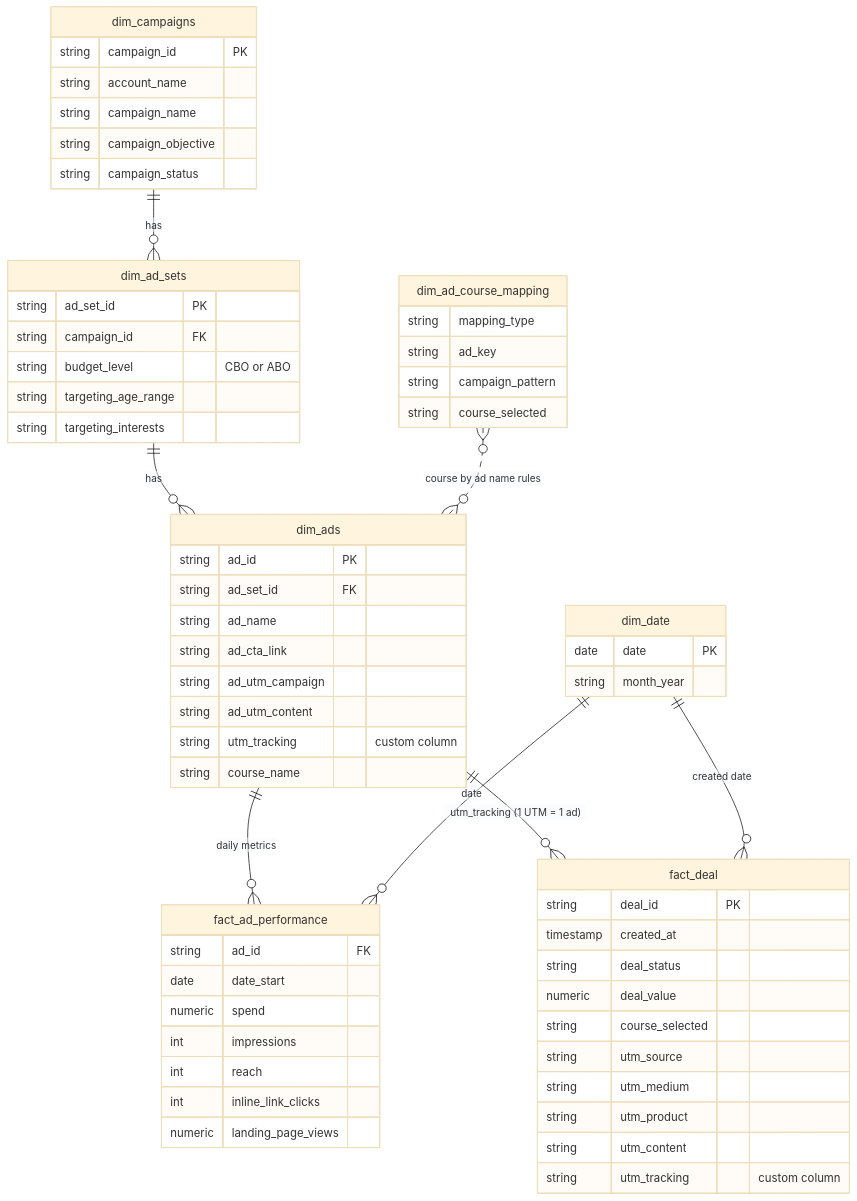
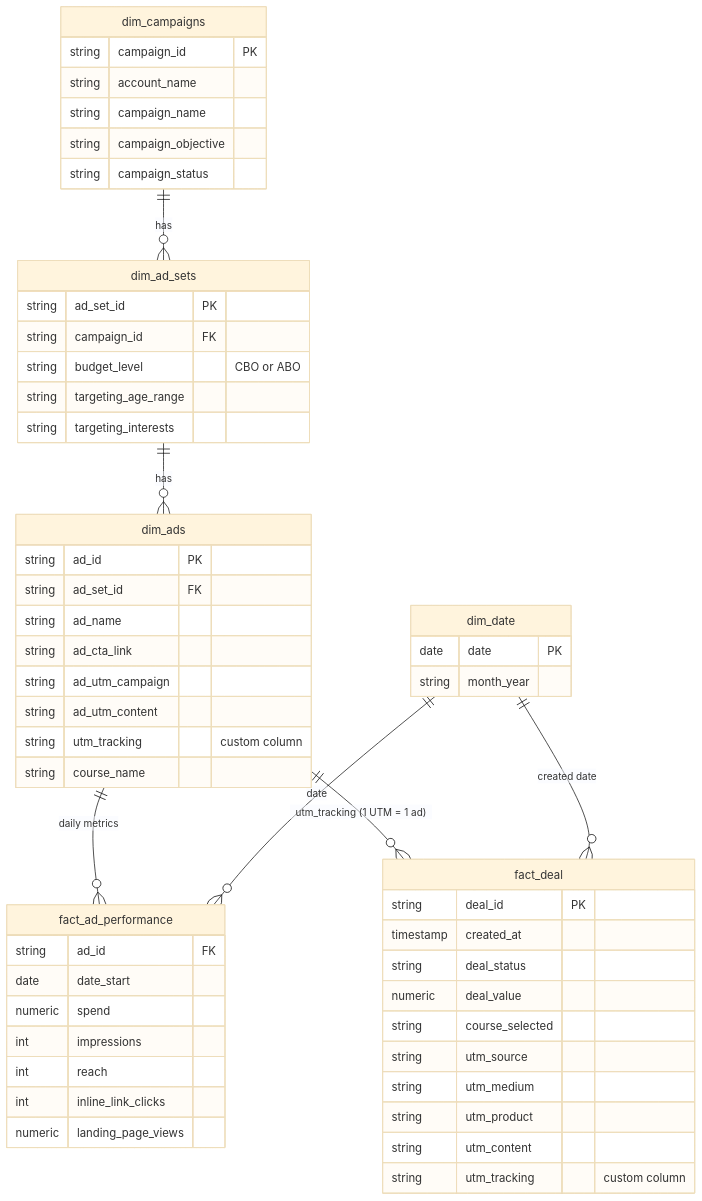
Before and after one commit to tuhoang3112/fb-ads-lead-attribution: the second of 2 diagrams in README.md, drawn with Mermaid (base theme). The commit also changed other lines of this file, not shown here.

Commit message:
Power BI model diagram: drop dim_ad_course_mapping (already merged into dim_ads)
Claude-Session: https://claude.ai/code/session_01FE233U4YTNJntBW99dBEpw

````diff
--- a/README.md
+++ b/README.md
@@ -111,66 +111,59 @@
 ```mermaid
 erDiagram
   dim_campaigns ||--o{ dim_ad_sets : "has"
   dim_ad_sets ||--o{ dim_ads : "has"
   dim_ads ||--o{ fact_ad_performance : "daily metrics"
-  dim_ad_course_mapping }o..o{ dim_ads : "course by ad name rules"
   dim_ads ||--o{ fact_deal : "utm_tracking (1 UTM = 1 ad)"
   dim_date ||--o{ fact_ad_performance : "date"
   dim_date ||--o{ fact_deal : "created date"
 
   dim_campaigns {
     string campaign_id PK
     string account_name
     string campaign_name
     string campaign_objective
     string campaign_status
   }
   dim_ad_sets {
     string ad_set_id PK
     string campaign_id FK
     string budget_level "CBO or ABO"
     string targeting_age_range
     string targeting_interests
   }
   dim_ads {
     string ad_id PK
     string ad_set_id FK
     string ad_name
     string ad_cta_link
     string ad_utm_campaign
     string ad_utm_content
     string utm_tracking "custom column"
     string course_name
   }
   fact_ad_performance {
     string ad_id FK
     date date_start
     numeric spend
     int impressions
     int reach
     int inline_link_clicks
     numeric landing_page_views
   }
-  dim_ad_course_mapping {
-    string mapping_type
-    string ad_key
-    string campaign_pattern
-    string course_selected
-  }
   fact_deal {
     string deal_id PK
     timestamp created_at
     string deal_status
     numeric deal_value
     string course_selected
     string utm_source
     string utm_medium
     string utm_product
     string utm_content
     string utm_tracking "custom column"
   }
   dim_date {
     date date PK
     string month_year
   }
 ```
````
